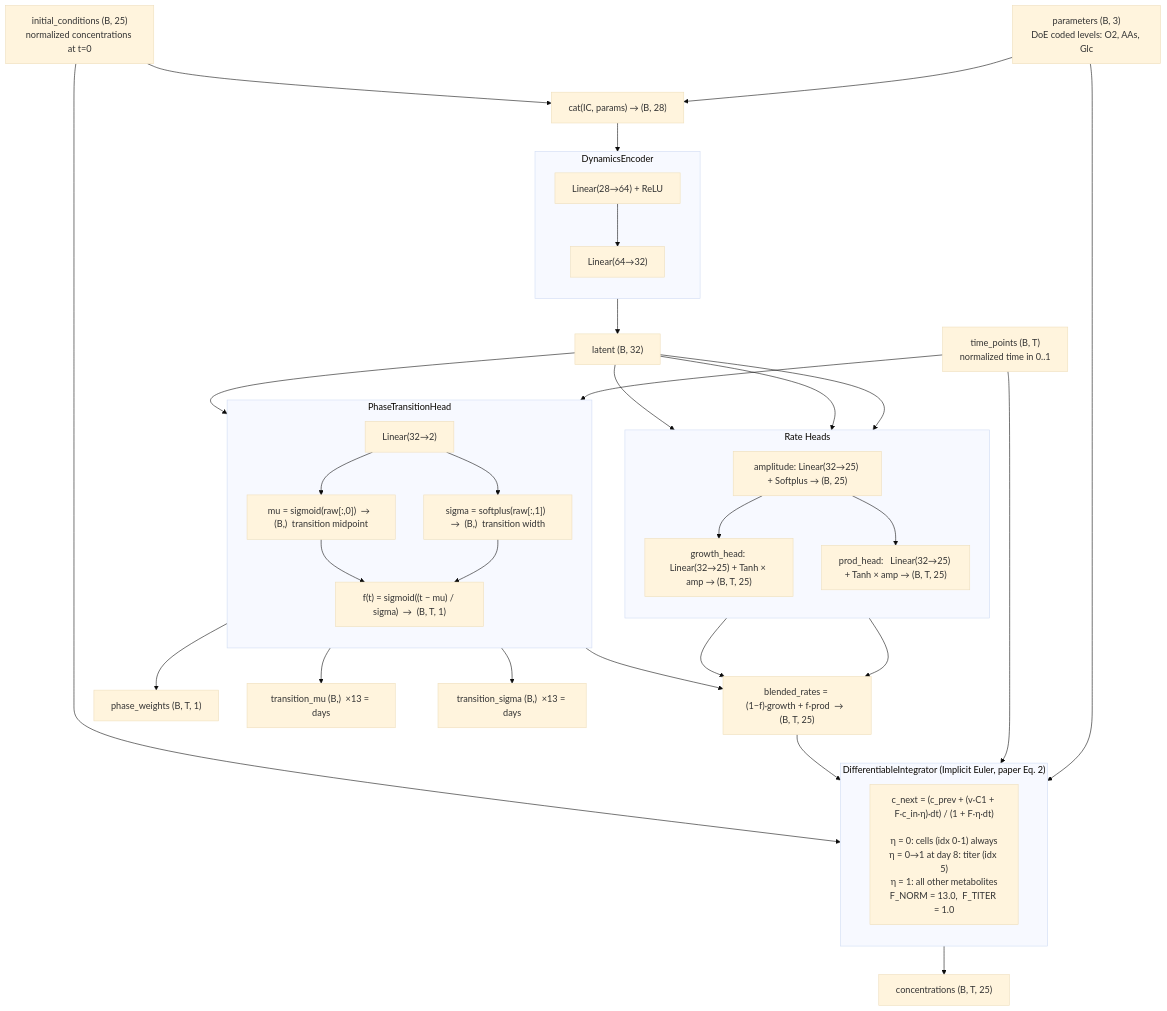
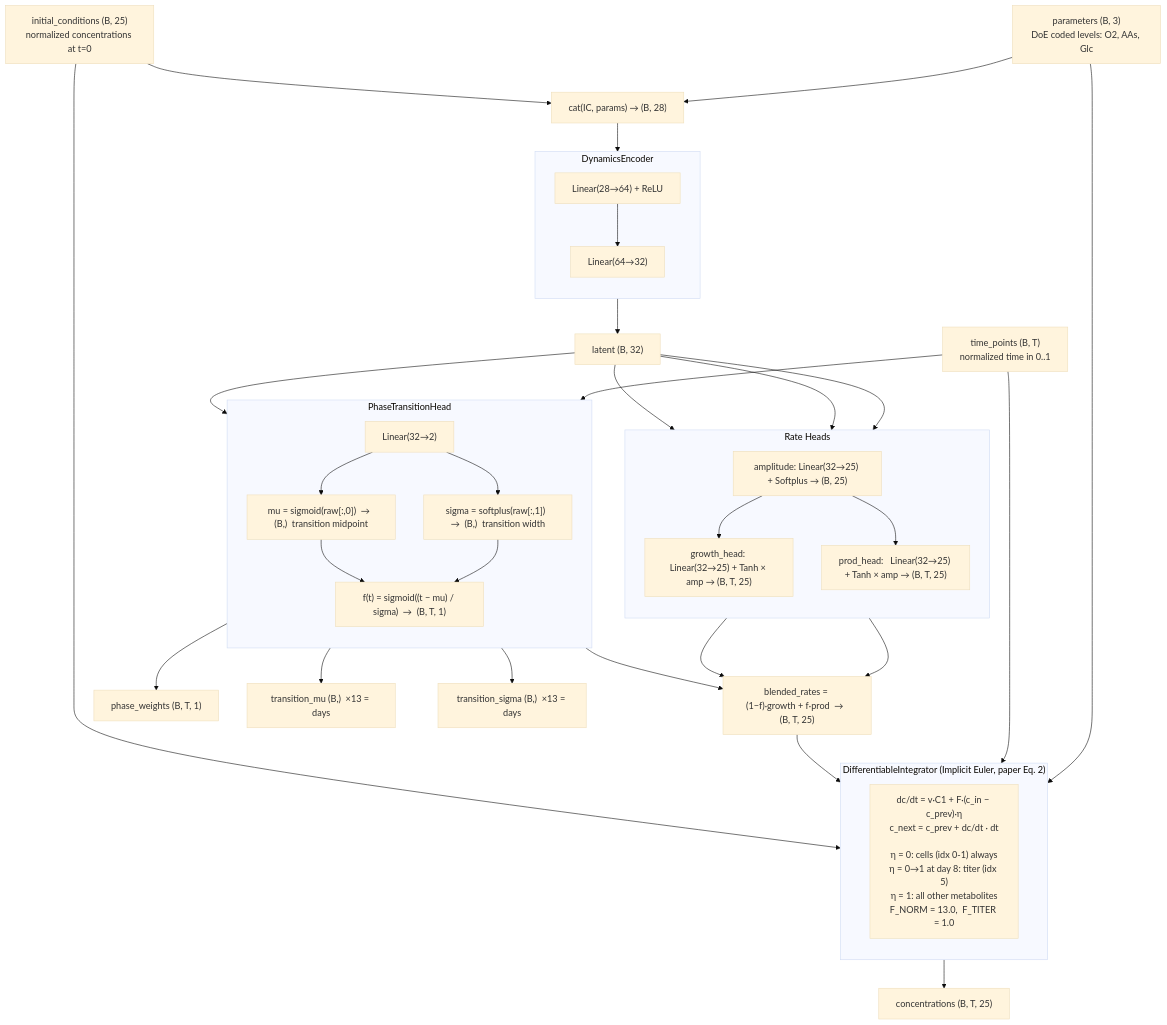
One commit to nevecallaway/COSMIC-dFBA-nn changed the diagram in README.md. Above: the diagram before and after it, drawn with Mermaid (base theme). The commit also changed 1 other file, not shown here.

Commit message:
Changed to explicit integrator rather than implicity

````diff
--- a/README.md
+++ b/README.md
@@ -70,51 +70,51 @@
 ```mermaid
 flowchart TD
     IC["initial_conditions (B, 25)\nnormalized concentrations at t=0"]
     TP["time_points (B, T)\nnormalized time in 0..1"]
     DOE["parameters (B, 3)\nDoE coded levels: O2, AAs, Glc"]
 
     IC & DOE --> CAT["cat(IC, params) → (B, 28)"]
 
     subgraph ENC["DynamicsEncoder"]
         direction TB
         E1["Linear(28→64) + ReLU"]
         E2["Linear(64→32)"]
         E1 --> E2
     end
     CAT --> E1
     E2 --> LAT["latent (B, 32)"]
 
     subgraph RH["Rate Heads"]
         direction TB
         AMP["amplitude: Linear(32→25) + Softplus → (B, 25)"]
         GR["growth_head: Linear(32→25) + Tanh × amp → (B, T, 25)"]
         PR["prod_head:   Linear(32→25) + Tanh × amp → (B, T, 25)"]
         AMP --> GR & PR
     end
     LAT --> AMP & GR & PR
 
     subgraph PT["PhaseTransitionHead"]
         direction TB
         PL["Linear(32→2)"]
         MU["mu = sigmoid(raw[:,0])  →  (B,)  transition midpoint"]
         SIG["sigma = softplus(raw[:,1])  →  (B,)  transition width"]
         FT["f(t) = sigmoid((t − mu) / sigma)  →  (B, T, 1)"]
         PL --> MU & SIG
         MU & SIG --> FT
     end
     LAT --> PL
     TP --> FT
 
     GR & PR & FT --> BL["blended_rates = (1−f)·growth + f·prod  →  (B, T, 25)"]
 
     subgraph ODE["DifferentiableIntegrator  (Implicit Euler, paper Eq. 2)"]
         direction TB
-        IE["c_next = (c_prev + (v·C1 + F·c_in·η)·dt) / (1 + F·η·dt)\n\nη = 0: cells (idx 0-1) always\nη = 0→1 at day 8: titer (idx 5)\nη = 1: all other metabolites\nF_NORM = 13.0,  F_TITER = 1.0"]
+        IE["dc/dt = v·C1 + F·(c_in − c_prev)·η\nc_next = c_prev + dc/dt · dt\n\nη = 0: cells (idx 0-1) always\nη = 0→1 at day 8: titer (idx 5)\nη = 1: all other metabolites\nF_NORM = 13.0,  F_TITER = 1.0"]
     end
     IC & BL & TP & DOE --> IE
 
     IE --> CONC["concentrations (B, T, 25)"]
     FT --> PW["phase_weights (B, T, 1)"]
     MU --> TMU["transition_mu (B,)  ×13 = days"]
     SIG --> TSIG["transition_sigma (B,)  ×13 = days"]
 ```
````
